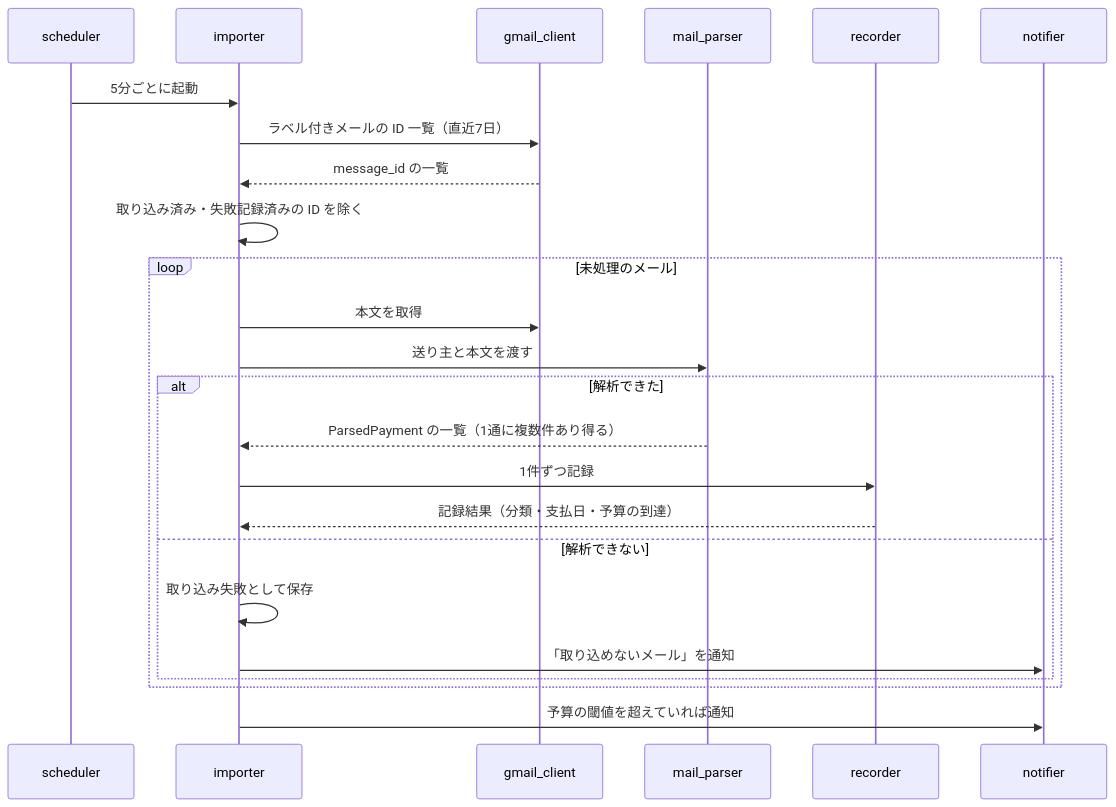
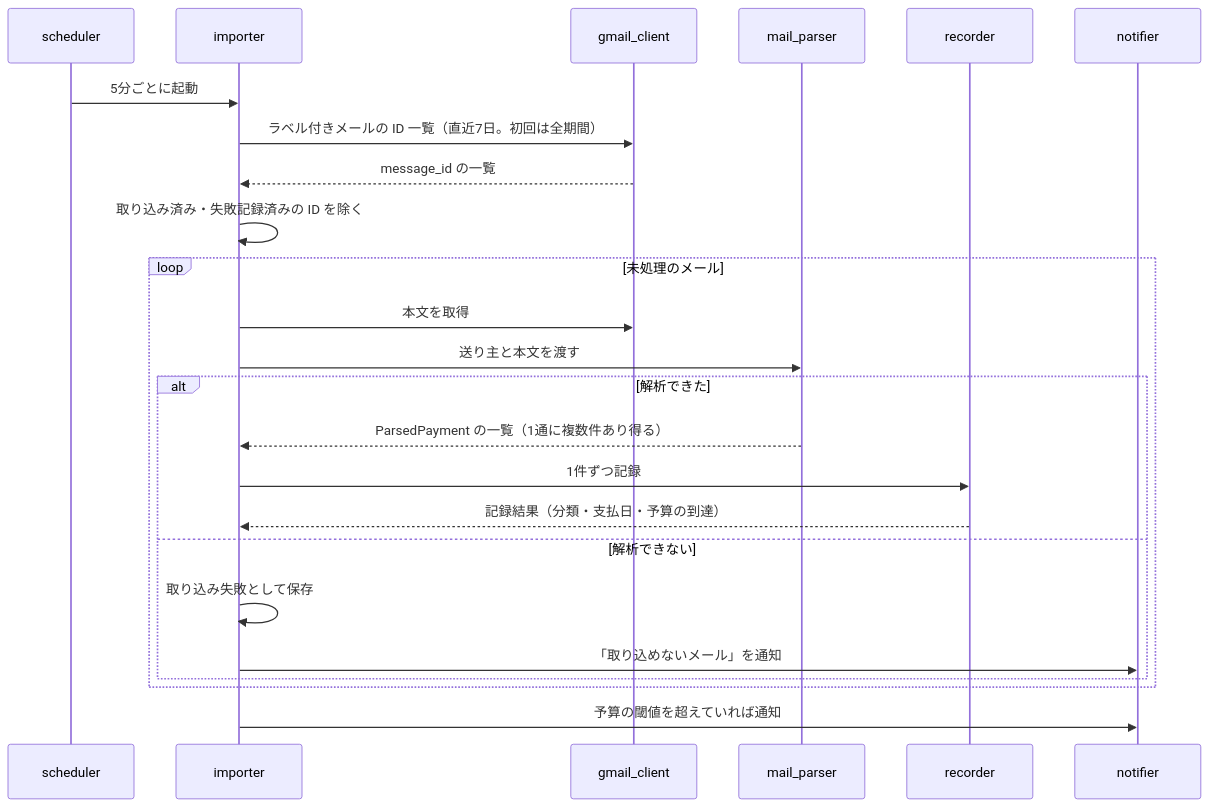
One commit to Yokochi513/Tsukena changed the second of 4 diagrams in docs/design.md. Above: the diagram before and after it, drawn with Mermaid. The commit also changed other lines of this file and 18 other files, not shown here.

````diff
--- a/docs/design.md
+++ b/docs/design.md
@@ -89,27 +89,27 @@
 ```mermaid
 sequenceDiagram
     participant S as scheduler
     participant I as importer
     participant G as gmail_client
     participant P as mail_parser
     participant R as recorder
     participant N as notifier
 
     S->>I: 5分ごとに起動
-    I->>G: ラベル付きメールの ID 一覧（直近7日）
+    I->>G: ラベル付きメールの ID 一覧（直近7日。初回は全期間）
     G-->>I: message_id の一覧
     I->>I: 取り込み済み・失敗記録済みの ID を除く
     loop 未処理のメール
         I->>G: 本文を取得
         I->>P: 送り主と本文を渡す
         alt 解析できた
             P-->>I: ParsedPayment の一覧（1通に複数件あり得る）
             I->>R: 1件ずつ記録
             R-->>I: 記録結果（分類・支払日・予算の到達）
         else 解析できない
             I->>I: 取り込み失敗として保存
             I->>N: 「取り込めないメール」を通知
         end
     end
     I->>N: 予算の閾値を超えていれば通知
 ```
````
